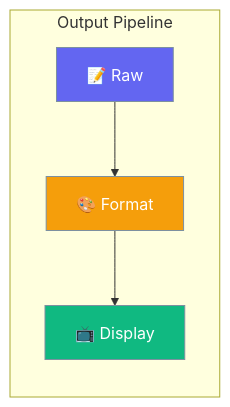
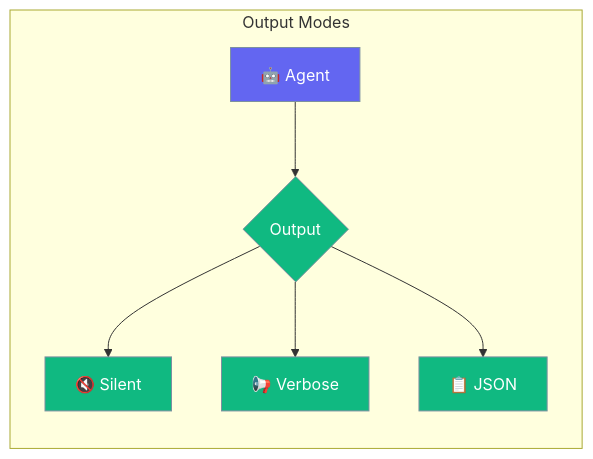
The first of 2 diagrams in docs/rust/output.mdx (MervinPraison/PraisonAIDocs), drawn with Mermaid before and after one commit. The commit also changed other lines of this file and 87 other files, not shown here.

````diff
--- a/docs/rust/output.mdx
+++ b/docs/rust/output.mdx
@@ -10,15 +10,15 @@
 ```mermaid
 graph LR
-    subgraph "Output Pipeline"
-        R[📝 Raw] --> F[🎨 Format]
-        F --> D[📺 Display]
+    subgraph "Output Modes"
+        A[🤖 Agent] --> O{Output}
+        O --> S[🔇 Silent]
+        O --> V[📢 Verbose]
+        O --> J[📋 JSON]
     end
     
-    classDef raw fill:#6366F1,stroke:#7C90A0,color:#fff
-    classDef format fill:#F59E0B,stroke:#7C90A0,color:#fff
-    classDef display fill:#10B981,stroke:#7C90A0,color:#fff
+    classDef agent fill:#6366F1,stroke:#7C90A0,color:#fff
+    classDef mode fill:#10B981,stroke:#7C90A0,color:#fff
     
-    class R raw
-    class F format
-    class D display
+    class A agent
+    class O,S,V,J mode
 ```
````
